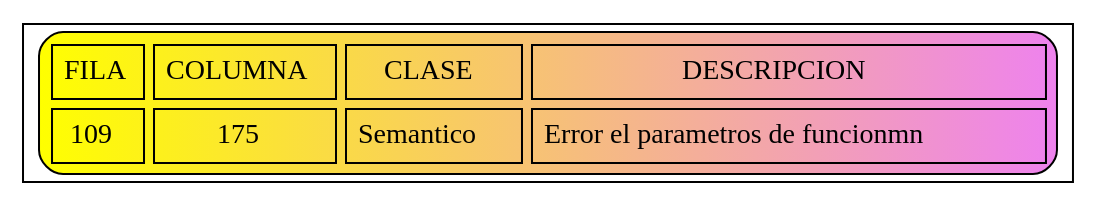
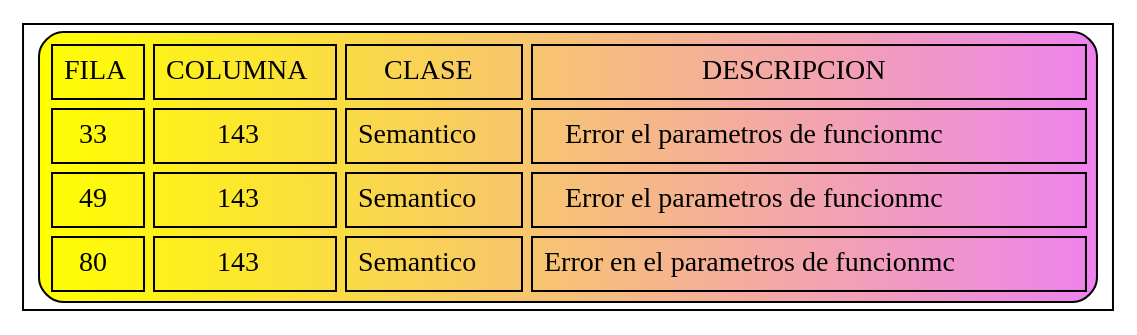
Before and after one commit to JoseMore99/OLC2_P1_201701015: the diagram in Errores.dot, drawn with Graphviz. The commit also changed 16 other files, not shown here.

```diff
--- a/Errores.dot
+++ b/Errores.dot
@@ -1,7 +1,9 @@
 digraph G{
 node [shape=record];
 a0 [label=<<TABLE border="1" cellspacing="5" cellpadding="5" style="rounded" bgcolor="yellow:violet">
 "<TR><TD>FILA</TD><TD>COLUMNA</TD><TD>CLASE</TD><TD>DESCRIPCION</TD></TR>
-<TR><TD>109</TD><TD>175</TD><TD>Semantico</TD><TD>Error el parametros de funcionmn</TD></TR>
+<TR><TD>33</TD><TD>143</TD><TD>Semantico</TD><TD>Error el parametros de funcionmc</TD></TR>
+<TR><TD>49</TD><TD>143</TD><TD>Semantico</TD><TD>Error el parametros de funcionmc</TD></TR>
+<TR><TD>80</TD><TD>143</TD><TD>Semantico</TD><TD>Error en el parametros de funcionmc</TD></TR>
 </TABLE>>];
 }
```
